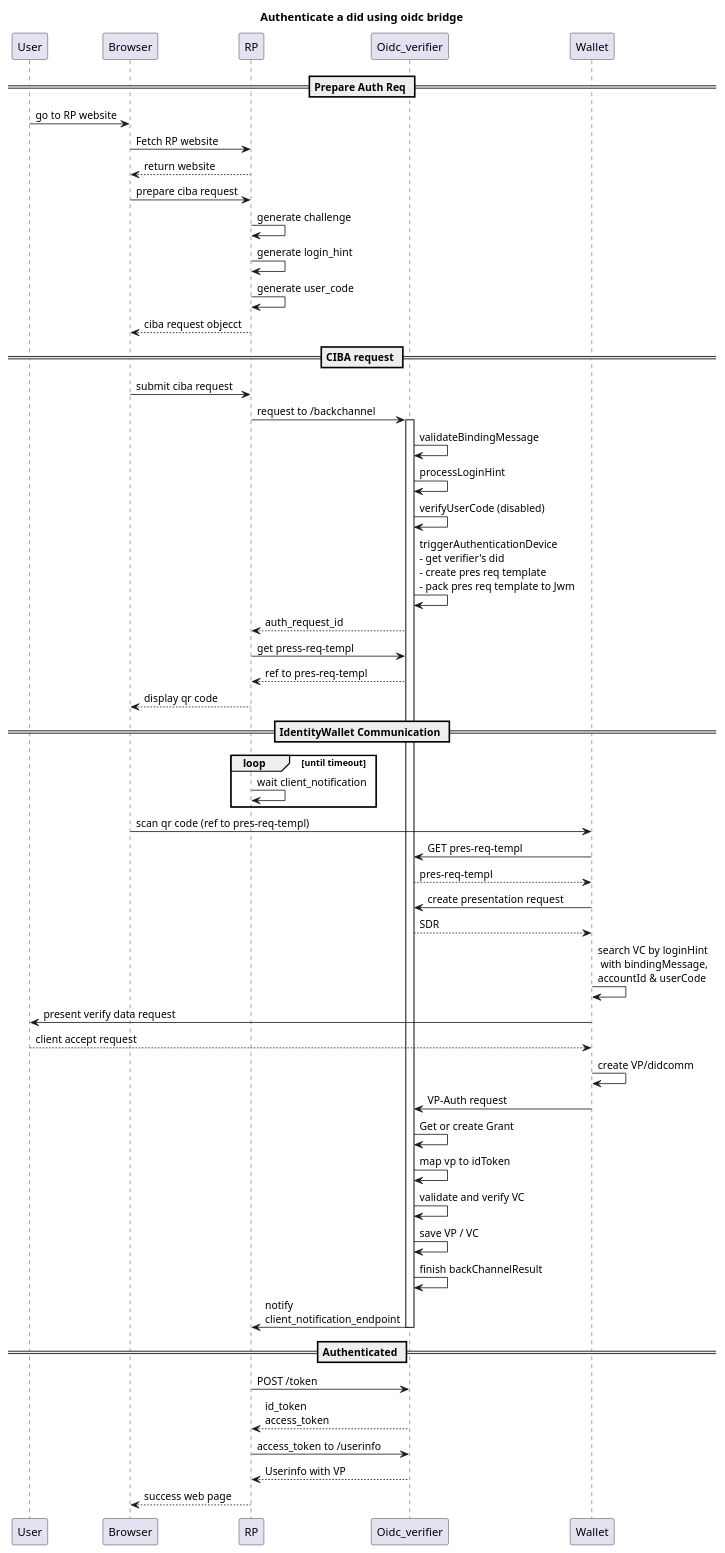
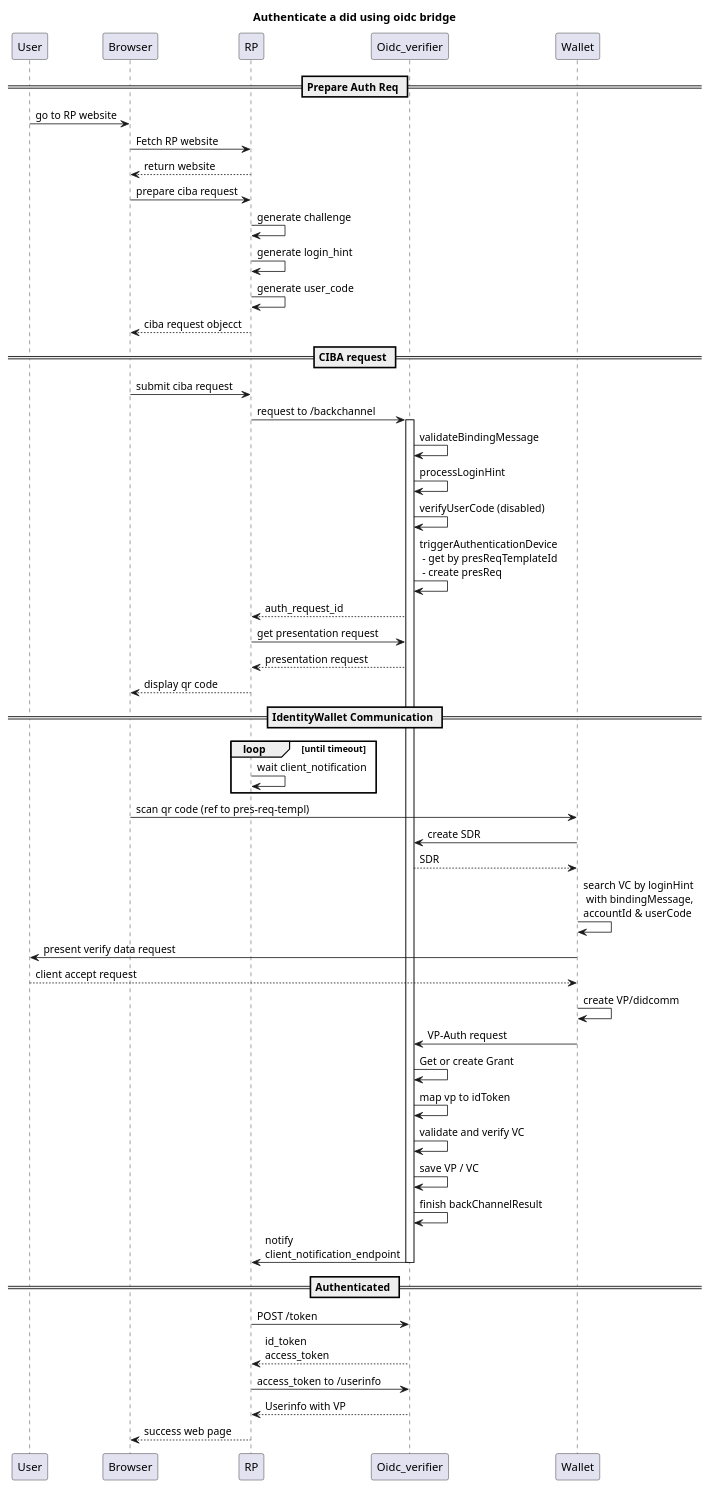
Before and after one commit to rtang03/verify-me: the diagram in docs/authenticate.md, drawn with PlantUML. The commit also changed 18 other files, not shown here.

Commit message:
add pres request template endpoint

````diff
--- a/docs/authenticate.md
+++ b/docs/authenticate.md
@@ -5,52 +5,50 @@
 ```plantuml
 Title: Authenticate a did using oidc bridge
 == Prepare Auth Req ==
 User->Browser: go to RP website
 Browser->RP: Fetch RP website
 RP-->Browser: return website
 Browser->RP: prepare ciba request
 RP->RP: generate challenge
 RP->RP: generate login_hint
 RP->RP: generate user_code
 RP-->Browser: ciba request objecct
 == CIBA request ==
 Browser->RP: submit ciba request
 RP->Oidc_verifier: request to /backchannel
 activate Oidc_verifier
 Oidc_verifier->Oidc_verifier: validateBindingMessage
 Oidc_verifier->Oidc_verifier: processLoginHint
 Oidc_verifier->Oidc_verifier: verifyUserCode (disabled)
-Oidc_verifier->Oidc_verifier: triggerAuthenticationDevice \n- get verifier's did \n- create pres req template \n- pack pres req template to Jwm 
+Oidc_verifier->Oidc_verifier: triggerAuthenticationDevice \n - get by presReqTemplateId\n - create presReq 
 Oidc_verifier-->RP: auth_request_id
-RP->Oidc_verifier: get press-req-templ
-Oidc_verifier-->RP: ref to pres-req-templ
+RP->Oidc_verifier: get presentation request
+Oidc_verifier-->RP: presentation request
 RP-->Browser: display qr code
 == IdentityWallet Communication ==
 loop until timeout
     RP->RP: wait client_notification
 end
 Browser->Wallet: scan qr code (ref to pres-req-templ)
-Wallet->Oidc_verifier: GET pres-req-templ
-Oidc_verifier-->Wallet: pres-req-templ
-Wallet->Oidc_verifier: create presentation request
+Wallet->Oidc_verifier: create SDR
 Oidc_verifier-->Wallet: SDR
 Wallet->Wallet: search VC by loginHint\n with bindingMessage, \naccountId & userCode
 Wallet->User: present verify data request
 User-->Wallet: client accept request
 Wallet->Wallet: create VP/didcomm
 Wallet->Oidc_verifier: VP-Auth request
 Oidc_verifier->Oidc_verifier: Get or create Grant 
 Oidc_verifier->Oidc_verifier: map vp to idToken
 Oidc_verifier->Oidc_verifier: validate and verify VC
 Oidc_verifier->Oidc_verifier: save VP / VC
 Oidc_verifier->Oidc_verifier: finish backChannelResult 
 Oidc_verifier->RP: notify\nclient_notification_endpoint
 deactivate Oidc_verifier
 == Authenticated ==
 RP->Oidc_verifier: POST /token
 Oidc_verifier-->RP: id_token\naccess_token
 RP->Oidc_verifier: access_token to /userinfo
 Oidc_verifier-->RP: Userinfo with VP
 deactivate RP
 RP-->Browser: success web page
 ```
````
